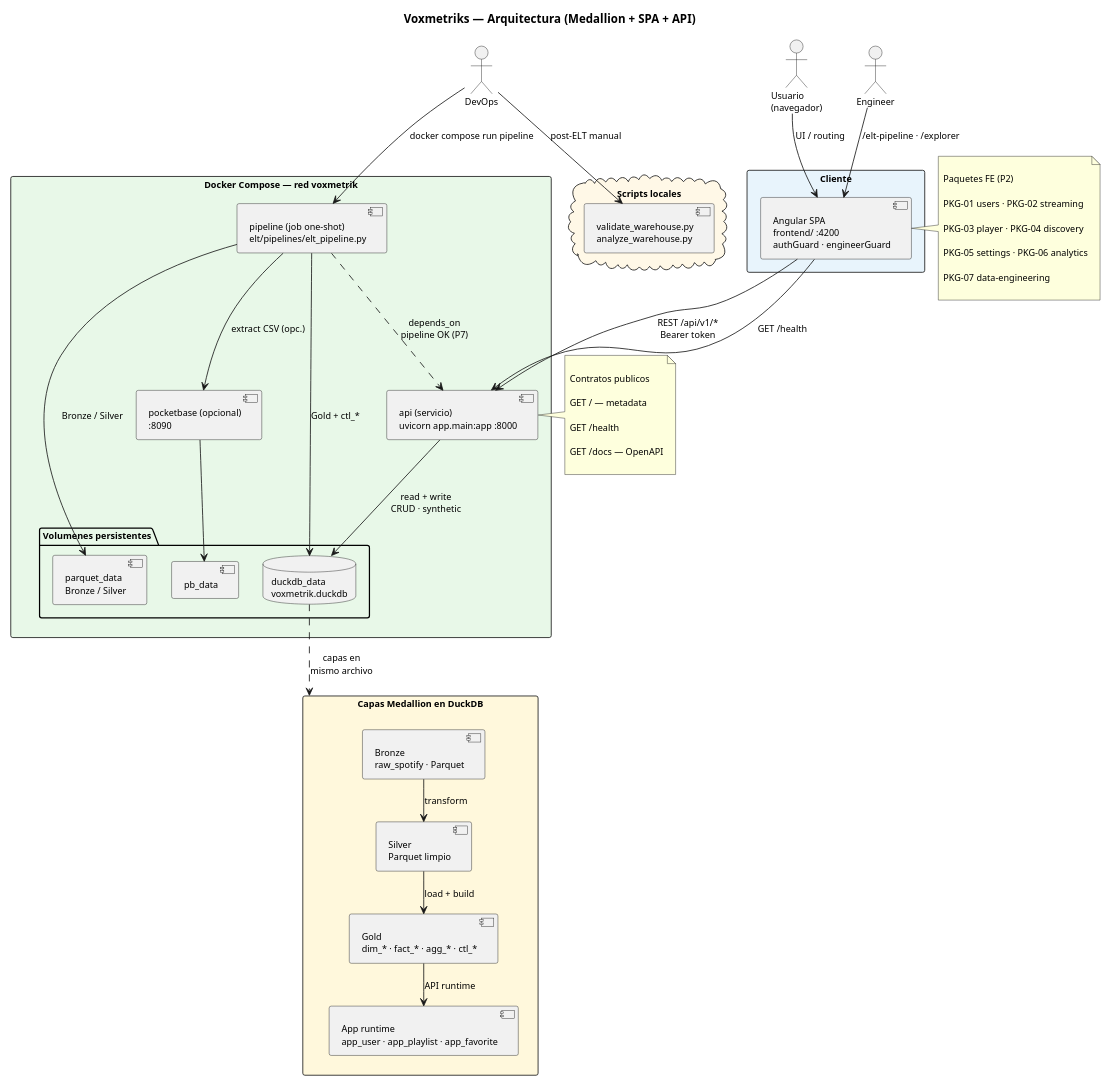
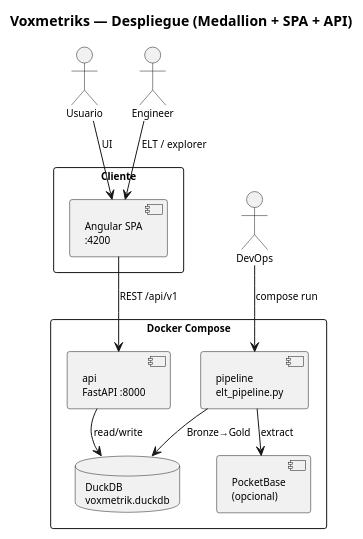
One commit to JosephACS/VOXMETRIKS changed the diagram in docs/uml/03-architecture.puml. Above: the diagram before and after it, drawn with PlantUML. The commit also changed other lines of this file and 220 other files, not shown here.

```diff
--- a/docs/uml/03-architecture.puml
+++ b/docs/uml/03-architecture.puml
@@ -1,165 +1,33 @@
 @startuml voxmetriks-architecture
+skinparam monochrome true
+skinparam shadowing false
+skinparam defaultFontSize 10
+skinparam nodesep 28
+skinparam ranksep 32
+top to bottom direction
+title Voxmetriks — Despliegue (Medallion + SPA + API)
 
-' Arquitectura despliegue — compatible PlantUML web / extension VS Code
+actor Usuario as Browser
+actor Engineer as Eng
+actor DevOps as Ops
 
-' Fuente: Constitucion secciones 3-4, docker-compose.yml, specs 001-011
-
-
-
-skinparam nodesep 30
-
-skinparam ranksep 35
-
-skinparam defaultFontSize 11
-
-top to bottom direction
-
-scale max 1100 width
-
-
-
-title Voxmetriks — Arquitectura (Medallion + SPA + API)
-
-
-
-actor "Usuario\n(navegador)" as Browser
-
-actor "Engineer" as Eng
-
-actor "DevOps" as Ops
-
-
-
-rectangle "Cliente" as Cliente #E8F4FC {
-
-  component "Angular SPA\nfrontend/ :4200\nauthGuard · engineerGuard" as SPA
-
+rectangle Cliente {
+  component "Angular SPA\n:4200" as SPA
 }
 
-
-
-rectangle "Docker Compose — red voxmetrik" as Compose #E8F8E8 {
-
-
-
-  component "pipeline (job one-shot)\nelt/pipelines/elt_pipeline.py" as Pipeline
-
-
-
-  component "api (servicio)\nuvicorn app.main:app :8000" as API
-
-
-
-  component "pocketbase (opcional)\n:8090" as PB
-
-
-
-  folder "Volumenes persistentes" as Vol {
-
-    database "duckdb_data\nvoxmetrik.duckdb" as VDB
-
-    component "parquet_data\nBronze / Silver" as VPQ
-
-    component "pb_data" as VPB
-
-  }
-
+rectangle "Docker Compose" {
+  component "pipeline\nelt_pipeline.py" as Pipeline
+  component "api\nFastAPI :8000" as API
+  component "PocketBase\n(opcional)" as PB
+  database "DuckDB\nvoxmetrik.duckdb" as VDB
 }
 
-
-
-cloud "Scripts locales" as Local #FFF8E7 {
-
-  component "validate_warehouse.py\nanalyze_warehouse.py" as Scripts
-
-}
-
-
-
-rectangle "Capas Medallion en DuckDB" as Layers #FFF8DC {
-
-  component "Bronze\nraw_spotify · Parquet" as Bronze
-
-  component "Silver\nParquet limpio" as Silver
-
-  component "Gold\ndim_* · fact_* · agg_* · ctl_*" as Gold
-
-  component "App runtime\napp_user · app_playlist · app_favorite" as AppLayer
-
-
-
-  Bronze -down-> Silver : transform
-
-  Silver -down-> Gold : load + build
-
-  Gold -down-> AppLayer : API runtime
-
-}
-
-
-
-Browser -down-> SPA : UI / routing
-
-Eng -down-> SPA : /elt-pipeline · /explorer
-
-SPA -down-> API : REST /api/v1/*\nBearer token
-
-SPA -down-> API : GET /health
-
-
-
-Ops -down-> Pipeline : docker compose run pipeline
-
-Ops -down-> Scripts : post-ELT manual
-
-
-
-Pipeline -down-> PB : extract CSV (opc.)
-
-Pipeline -down-> VPQ : Bronze / Silver
-
-Pipeline -down-> VDB : Gold + ctl_*
-
-API -down-> VDB : read + write\nCRUD · synthetic
-
-PB -down-> VPB
-
-
-
-Pipeline ..> API : depends_on\npipeline OK (P7)
-
-VDB ..> Layers : capas en\nmismo archivo
-
-
-
-note right of API
-
-  Contratos publicos
-
-  GET / — metadata
-
-  GET /health
-
-  GET /docs — OpenAPI
-
-end note
-
-
-
-note left of SPA
-
-  Paquetes FE (P2)
-
-  PKG-01 users · PKG-02 streaming
-
-  PKG-03 player · PKG-04 discovery
-
-  PKG-05 settings · PKG-06 analytics
-
-  PKG-07 data-engineering
-
-end note
-
-
+Browser --> SPA : UI
+Eng --> SPA : ELT / explorer
+SPA --> API : REST /api/v1
+Ops --> Pipeline : compose run
+Pipeline --> PB : extract
+Pipeline --> VDB : Bronze→Gold
+API --> VDB : read/write
 
 @enduml
```
